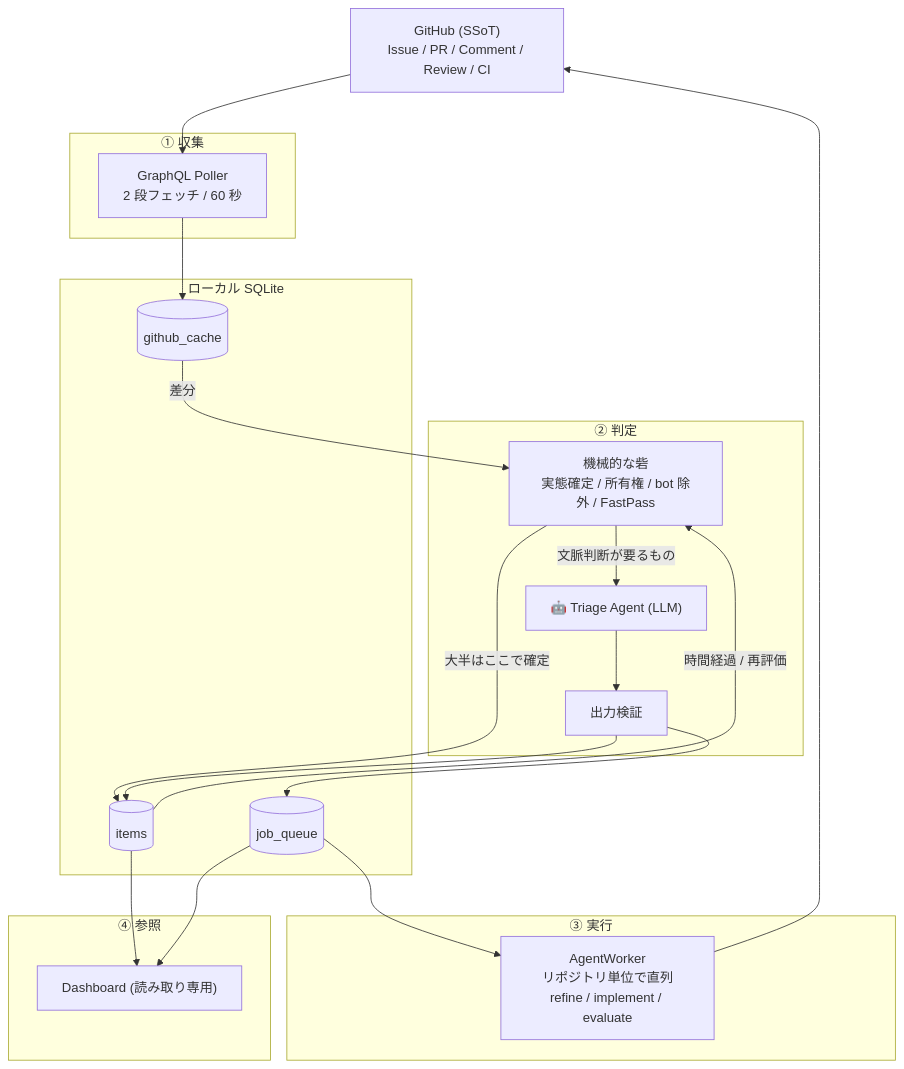
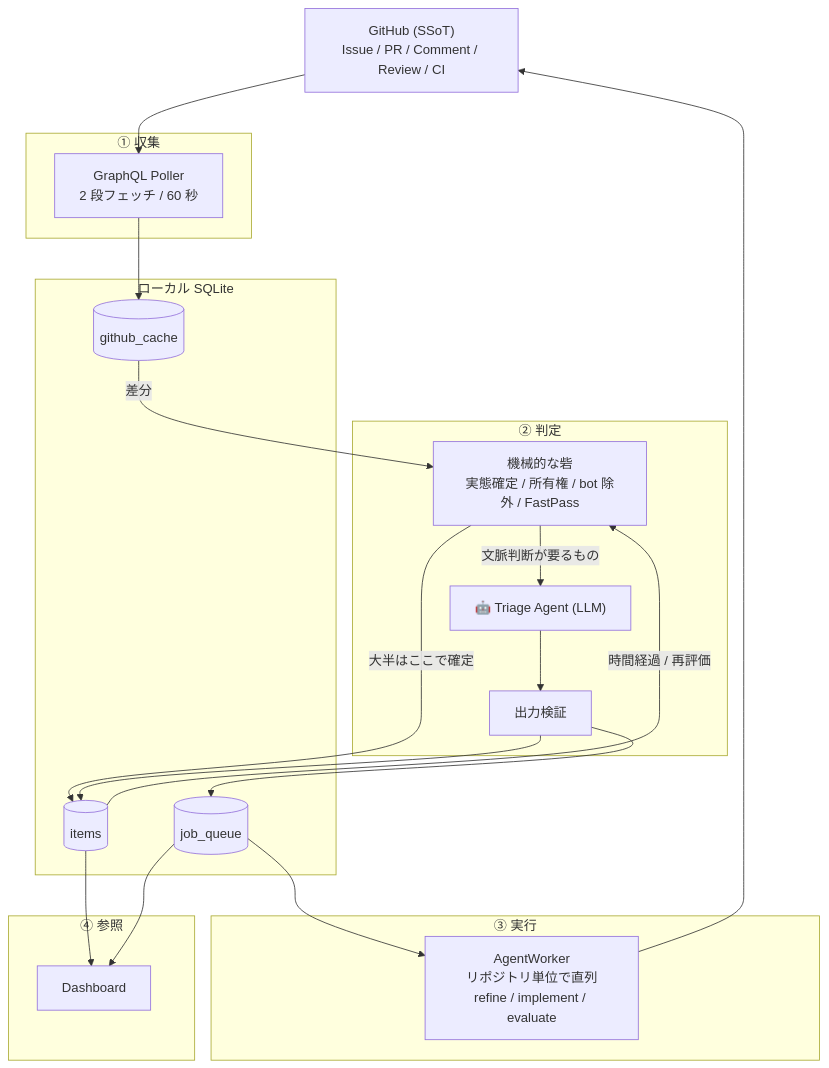
The diagram in ARCHITECTURE.md (k-wa-wa/nuage-autopilot4), drawn with Mermaid before and after one commit. The commit also changed other lines of this file and 19 other files, not shown here.

````diff
--- a/ARCHITECTURE.md
+++ b/ARCHITECTURE.md
@@ -67,38 +67,38 @@
 ```mermaid
 graph TD
     GH["GitHub (SSoT)<br>Issue / PR / Comment / Review / CI"]
 
     subgraph Collect["① 収集"]
         Poller["GraphQL Poller<br>2 段フェッチ / 60 秒"]
     end
 
     subgraph Decide["② 判定"]
         Guard["機械的な砦<br>実態確定 / 所有権 / bot 除外 / FastPass"]
         Triage["🤖 Triage Agent (LLM)"]
         Validate["出力検証"]
     end
 
     subgraph DB["ローカル SQLite"]
         Cache[("github_cache")]
         Items[("items")]
         Queue[("job_queue")]
     end
 
     subgraph Run["③ 実行"]
         Worker["AgentWorker<br>リポジトリ単位で直列<br>refine / implement / evaluate"]
     end
 
     subgraph View["④ 参照"]
-        Dash["Dashboard (読み取り専用)"]
+        Dash["Dashboard"]
     end
 
     GH --> Poller --> Cache
     Cache -->|差分| Guard
     Items -->|時間経過 / 再評価| Guard
     Guard -->|大半はここで確定| Items
     Guard -->|文脈判断が要るもの| Triage --> Validate --> Items
     Validate --> Queue
     Queue --> Worker --> GH
     Items --> Dash
     Queue --> Dash
 ```
````
